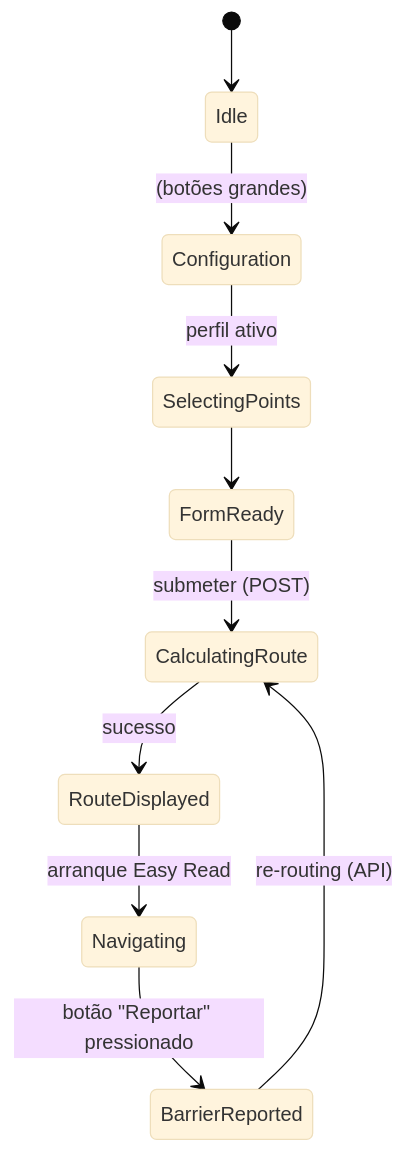
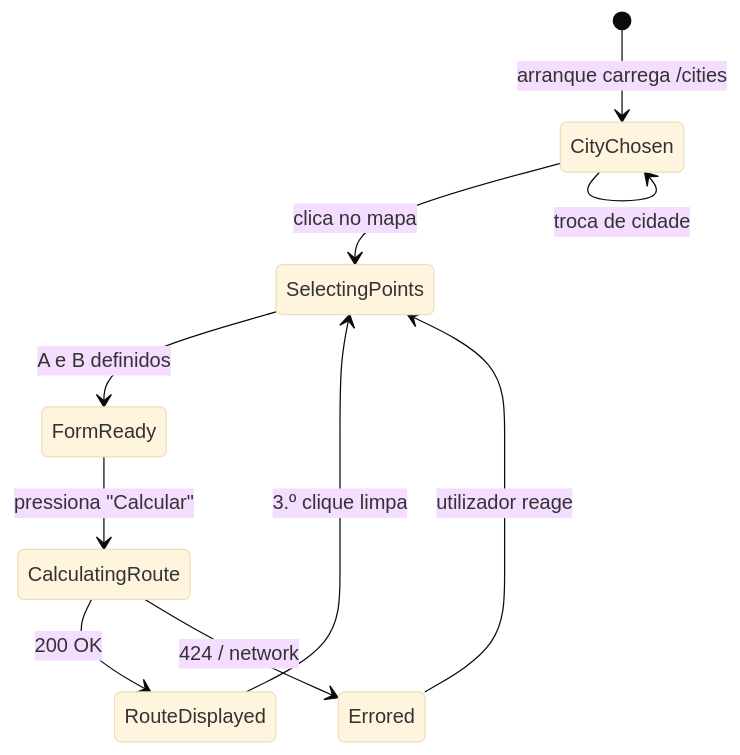
The third of 3 diagrams in docs/documentacaoPlataforma/Especificacao_Desenvolvimento_App.md (antoniosfnascimento/IPC), drawn with Mermaid (base theme) before and after one commit. The commit also changed other lines of this file and 13 other files, not shown here.

````diff
--- a/docs/documentacaoPlataforma/Especificacao_Desenvolvimento_App.md
+++ b/docs/documentacaoPlataforma/Especificacao_Desenvolvimento_App.md
@@ -208,12 +243,12 @@
 ```mermaid
 stateDiagram-v2
-    [*] --> Idle
-    Idle --> Configuration: (botões grandes)
-    Configuration --> SelectingPoints: perfil ativo
-    SelectingPoints --> FormReady
-    FormReady --> CalculatingRoute: submeter (POST)
-    CalculatingRoute --> RouteDisplayed: sucesso
-    RouteDisplayed --> Navigating: arranque Easy Read
-    Navigating --> BarrierReported: botão "Reportar" pressionado
-    BarrierReported --> CalculatingRoute: re-routing (API)
+    [*] --> CityChosen: arranque carrega /cities
+    CityChosen --> SelectingPoints: clica no mapa
+    SelectingPoints --> FormReady: A e B definidos
+    FormReady --> CalculatingRoute: pressiona "Calcular"
+    CalculatingRoute --> RouteDisplayed: 200 OK
+    CalculatingRoute --> Errored: 424 / network
+    Errored --> SelectingPoints: utilizador reage
+    RouteDisplayed --> SelectingPoints: 3.º clique limpa
+    CityChosen --> CityChosen: troca de cidade
 ```
````
